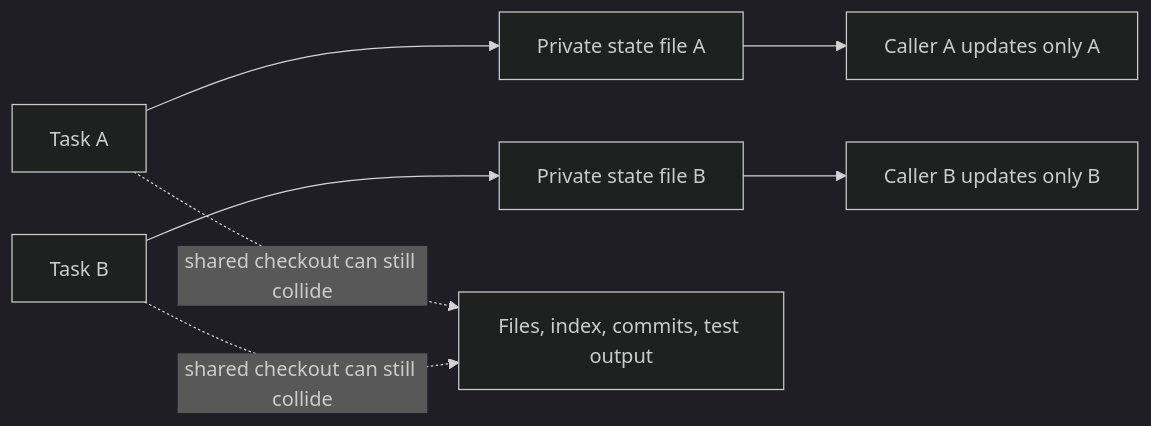
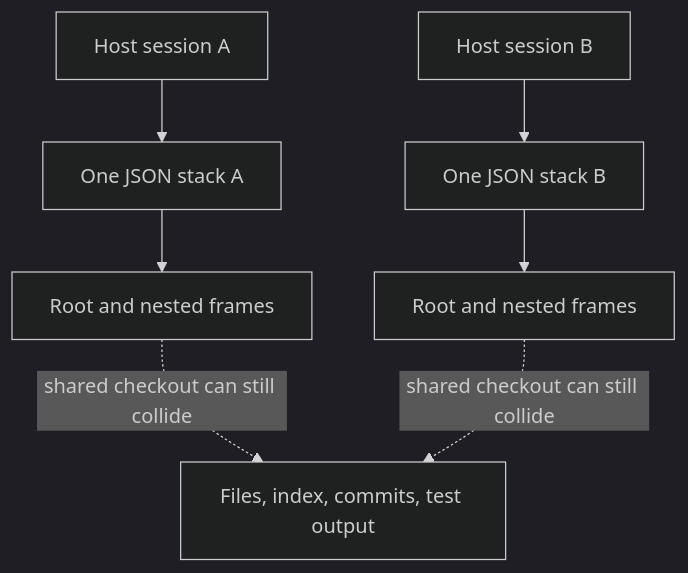
One commit to whichguy/until-loop changed the sixth of 6 diagrams in README.md. Above: the diagram before and after it, drawn with Mermaid (dark theme). The commit also changed other lines of this file and 29 other files, not shown here.

First line of the commit message:
feat: Until Loop 0.9.0 durable nested loops and host recovery

````diff
--- a/README.md
+++ b/README.md
@@ -339,9 +387,9 @@
 ```mermaid
-flowchart LR
-    A[Task A] --> SA[Private state file A]
-    B[Task B] --> SB[Private state file B]
-    SA --> CA[Caller A updates only A]
-    SB --> CB[Caller B updates only B]
-    A -. shared checkout can still collide .-> G[Files, index, commits, test output]
-    B -. shared checkout can still collide .-> G
+flowchart TD
+    A[Host session A] --> SA[One JSON stack A]
+    B[Host session B] --> SB[One JSON stack B]
+    SA --> FA[Root and nested frames]
+    SB --> FB[Root and nested frames]
+    FA -. shared checkout can still collide .-> G[Files, index, commits, test output]
+    FB -. shared checkout can still collide .-> G
 ```
````
